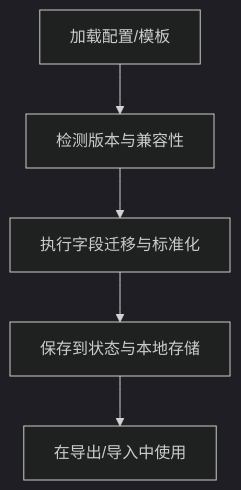
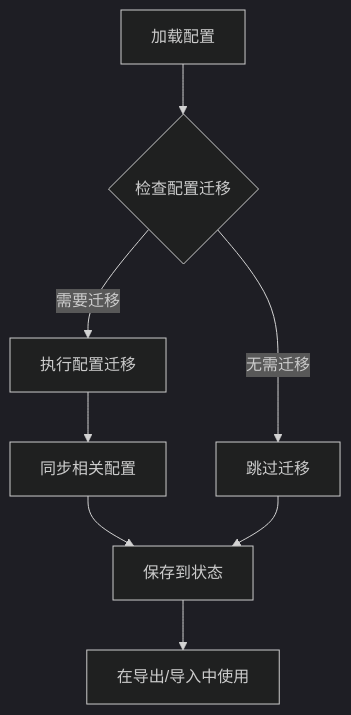
One commit to kqcoxn/MaaPipelineEditor changed the seventh of 8 diagrams in .qoder/repowiki/zh/content/用户界面/面板系统/配置面板/配置管理区域.md. Above: the diagram before and after it, drawn with Mermaid (dark theme). The commit also changed other lines of this file and 50 other files, not shown here.

````diff
--- a/.qoder/repowiki/zh/content/用户界面/面板系统/配置面板/配置管理区域.md
+++ b/.qoder/repowiki/zh/content/用户界面/面板系统/配置面板/配置管理区域.md
@@ -270,7 +317,10 @@
 ```mermaid
 flowchart TD
-Load["加载配置/模板"] --> Detect["检测版本与兼容性"]
-Detect --> Migrate["执行字段迁移与标准化"]
-Migrate --> Save["保存到状态与本地存储"]
+Load["加载配置"] --> CheckMigration{"检查配置迁移"}
+CheckMigration --> |需要迁移| Migrate["执行配置迁移"]
+CheckMigration --> |无需迁移| Skip["跳过迁移"]
+Migrate --> Sync["同步相关配置"]
+Sync --> Save["保存到状态"]
+Skip --> Save
 Save --> Use["在导出/导入中使用"]
 ```
````
